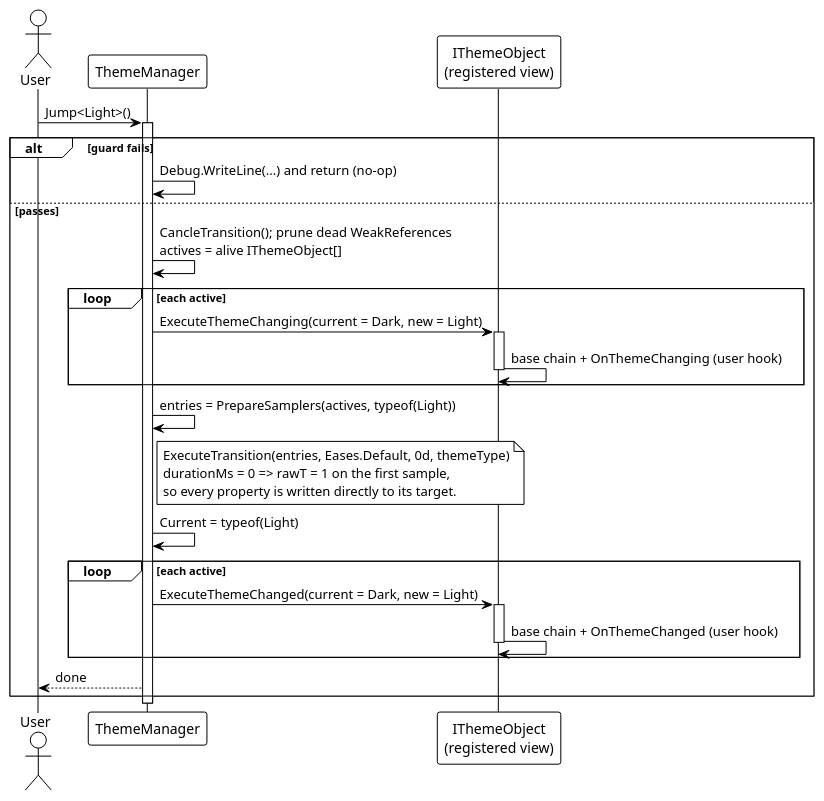
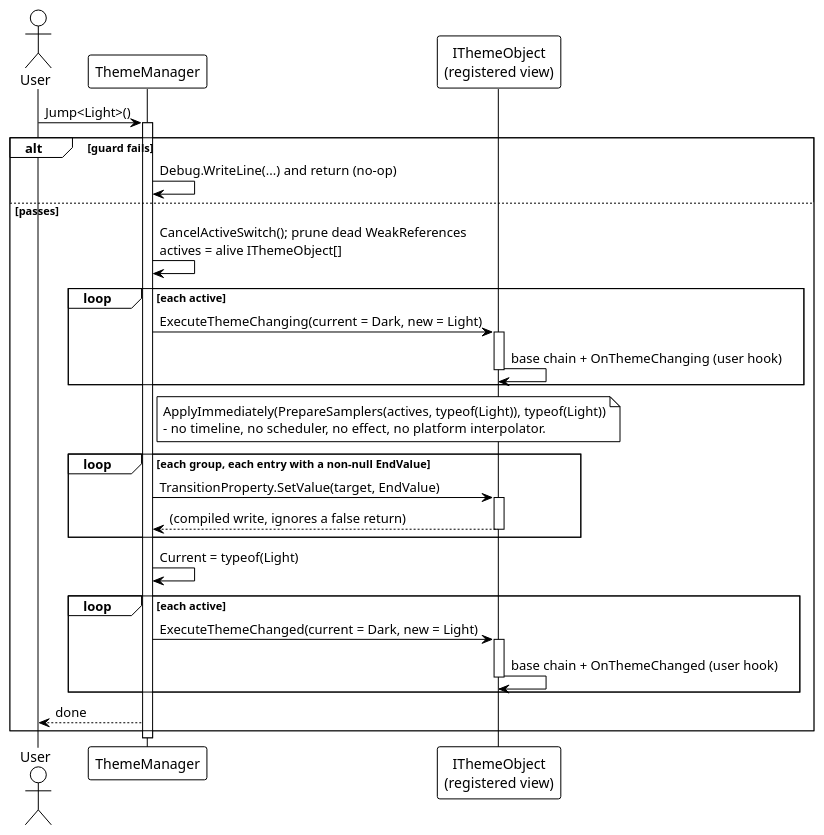
Before and after one commit to Axvser/VeloxDev.Docs: the second of 2 diagrams in src/CloudGlyph/Assets/Docs/content/en/3_SE_Analysis/03_data-flow/04_dynamic-theme/01_switching/index.md, drawn with PlantUML. The commit also changed other lines of this file and 63 other files, not shown here.

````diff
--- a/src/CloudGlyph/Assets/Docs/content/en/3_SE_Analysis/03_data-flow/04_dynamic-theme/01_switching/index.md
+++ b/src/CloudGlyph/Assets/Docs/content/en/3_SE_Analysis/03_data-flow/04_dynamic-theme/01_switching/index.md
@@ -100,39 +148,43 @@
 ```plantuml
 @startuml
 !theme plain
 
 actor User as User
 participant "ThemeManager" as TM
 participant "IThemeObject\n(registered view)" as TO
 
 User -> TM: Jump<Light>()
 activate TM
 
 alt guard fails
     TM -> TM: Debug.WriteLine(...) and return (no-op)
 else passes
-    TM -> TM: CancleTransition(); prune dead WeakReferences\nactives = alive IThemeObject[]
+    TM -> TM: CancelActiveSwitch(); prune dead WeakReferences\nactives = alive IThemeObject[]
     loop each active
         TM -> TO: ExecuteThemeChanging(current = Dark, new = Light)
         activate TO
         TO -> TO: base chain + OnThemeChanging (user hook)
         deactivate TO
     end
-    TM -> TM: entries = PrepareSamplers(actives, typeof(Light))
     note right of TM
-      ExecuteTransition(entries, Eases.Default, 0d, themeType)
-      durationMs = 0 => rawT = 1 on the first sample,
-      so every property is written directly to its target.
+      ApplyImmediately(PrepareSamplers(actives, typeof(Light)), typeof(Light))
+      - no timeline, no scheduler, no effect, no platform interpolator.
     end note
+    loop each group, each entry with a non-null EndValue
+        TM -> TO: TransitionProperty.SetValue(target, EndValue)
+        activate TO
+        TO --> TM: (compiled write, ignores a false return)
+        deactivate TO
+    end
     TM -> TM: Current = typeof(Light)
     loop each active
         TM -> TO: ExecuteThemeChanged(current = Dark, new = Light)
         activate TO
         TO -> TO: base chain + OnThemeChanged (user hook)
         deactivate TO
     end
     TM --> User: done
 end
 deactivate TM
 @enduml
 ```
````
